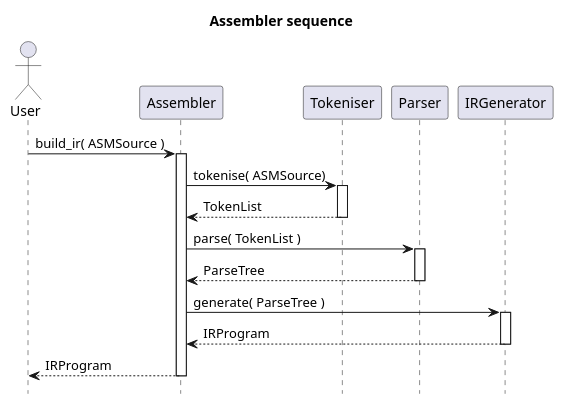
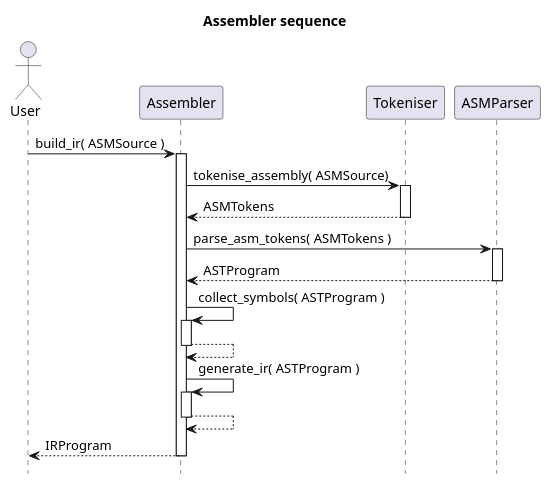
One commit to alwinl/chip8 changed the diagram in chip8ir/doc/assembler.plantuml. Above: the diagram before and after it, drawn with PlantUML. The commit also changed 2 other files, not shown here.

Commit message:
Pulled the two passes into the Assembler object

```diff
--- a/chip8ir/doc/assembler.plantuml
+++ b/chip8ir/doc/assembler.plantuml
@@ -1,25 +1,27 @@
 @startuml assembler
 title Assembler sequence
 
 actor User
 participant Assembler
 participant Tokeniser
-participant Parser
-participant IRGenerator
+participant ASMParser
 
 User -> Assembler ++: build_ir( ASMSource )
 
-Assembler -> Tokeniser ++ : tokenise( ASMSource)
-return TokenList
+Assembler -> Tokeniser ++ : tokenise_assembly( ASMSource)
+return ASMTokens
 
-Assembler -> Parser ++ : parse( TokenList )
-return ParseTree
+Assembler -> ASMParser ++ : parse_asm_tokens( ASMTokens )
+return ASTProgram
 
-Assembler -> IRGenerator ++ : generate( ParseTree )
-return IRProgram
+Assembler ->Assembler ++ : collect_symbols( ASTProgram )
+return
+
+Assembler -> Assembler ++ : generate_ir( ASTProgram )
+return
 
 return IRProgram
 
 hide footbox
 
 @enduml
```
